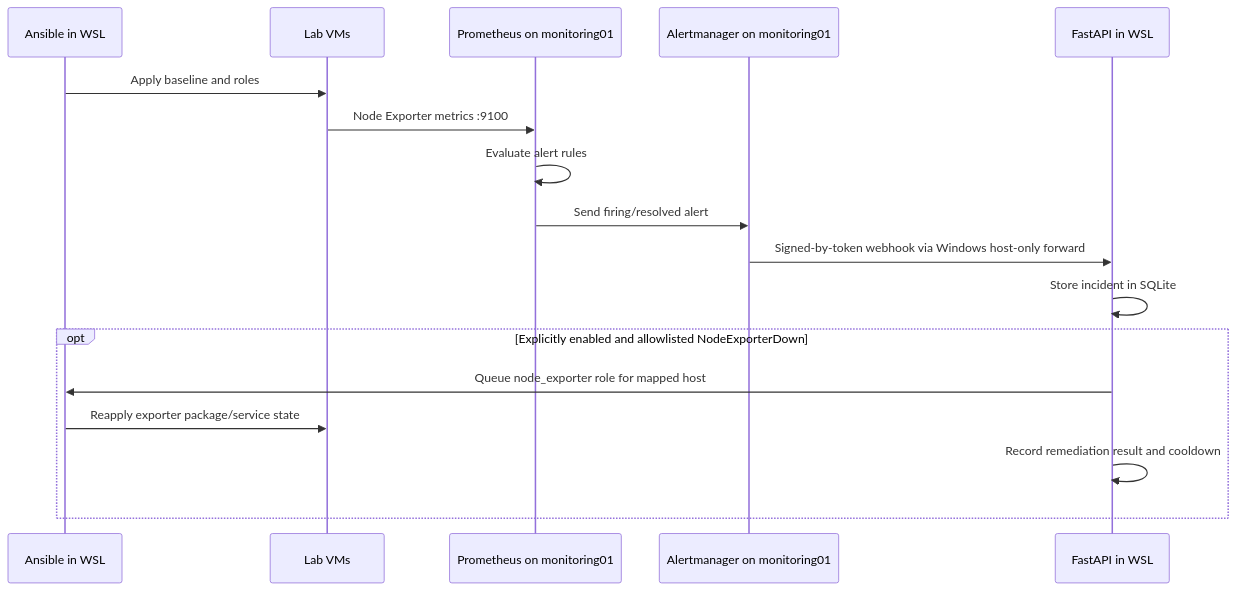
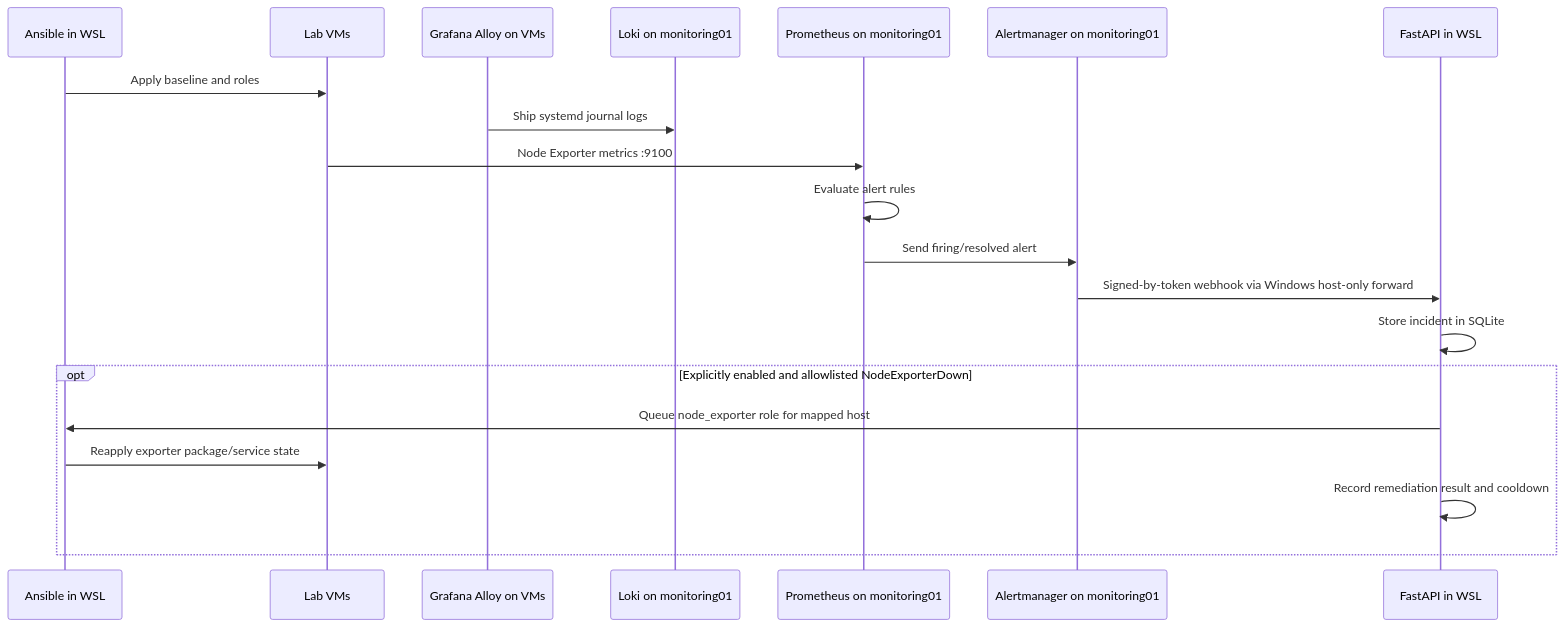
Before and after one commit to albertv-devpro/enterprise-sre-lab: the diagram in README.md, drawn with Mermaid. The commit also changed other lines of this file and 9 other files, not shown here.

Commit message:
Add Loki and Alloy centralized logging to the SRE lab

````diff
--- a/README.md
+++ b/README.md
@@ -107,19 +114,22 @@
 ```mermaid
 sequenceDiagram
     participant A as Ansible in WSL
     participant V as Lab VMs
+    participant Alloy as Grafana Alloy on VMs
+    participant Loki as Loki on monitoring01
     participant P as Prometheus on monitoring01
     participant M as Alertmanager on monitoring01
     participant API as FastAPI in WSL
     A->>V: Apply baseline and roles
+    Alloy->>Loki: Ship systemd journal logs
     V->>P: Node Exporter metrics :9100
     P->>P: Evaluate alert rules
     P->>M: Send firing/resolved alert
     M->>API: Signed-by-token webhook via Windows host-only forward
     API->>API: Store incident in SQLite
     opt Explicitly enabled and allowlisted NodeExporterDown
         API->>A: Queue node_exporter role for mapped host
         A->>V: Reapply exporter package/service state
         API->>API: Record remediation result and cooldown
     end
 ```
````
